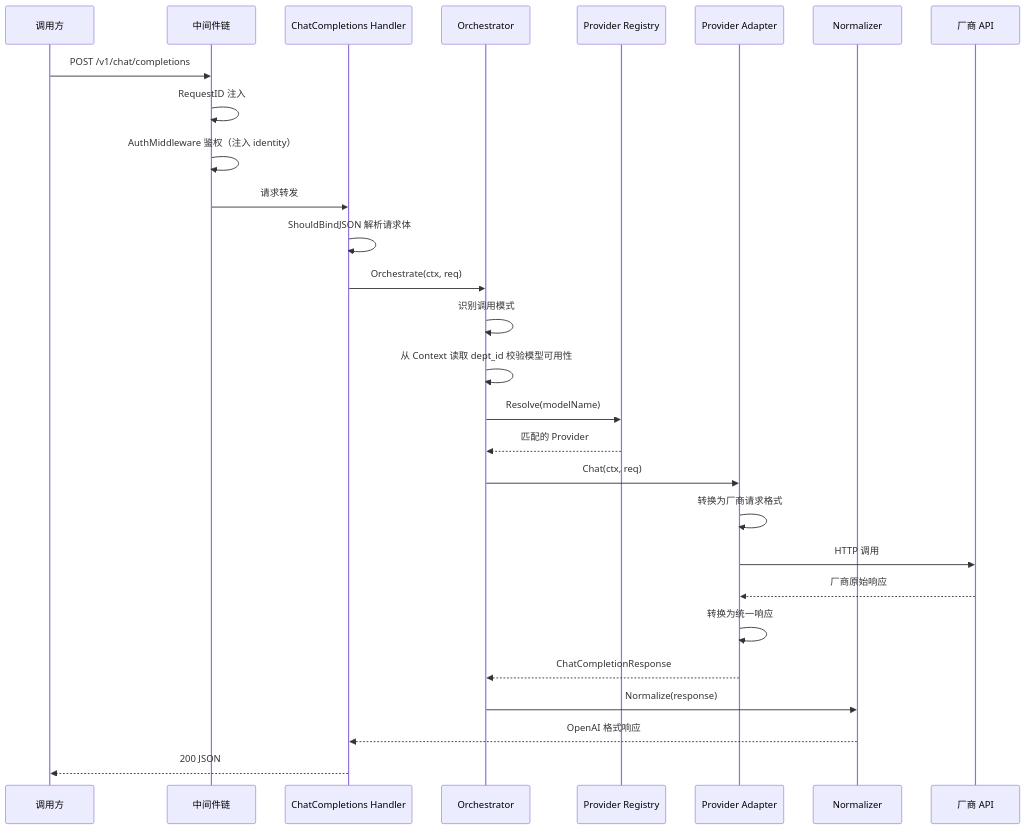
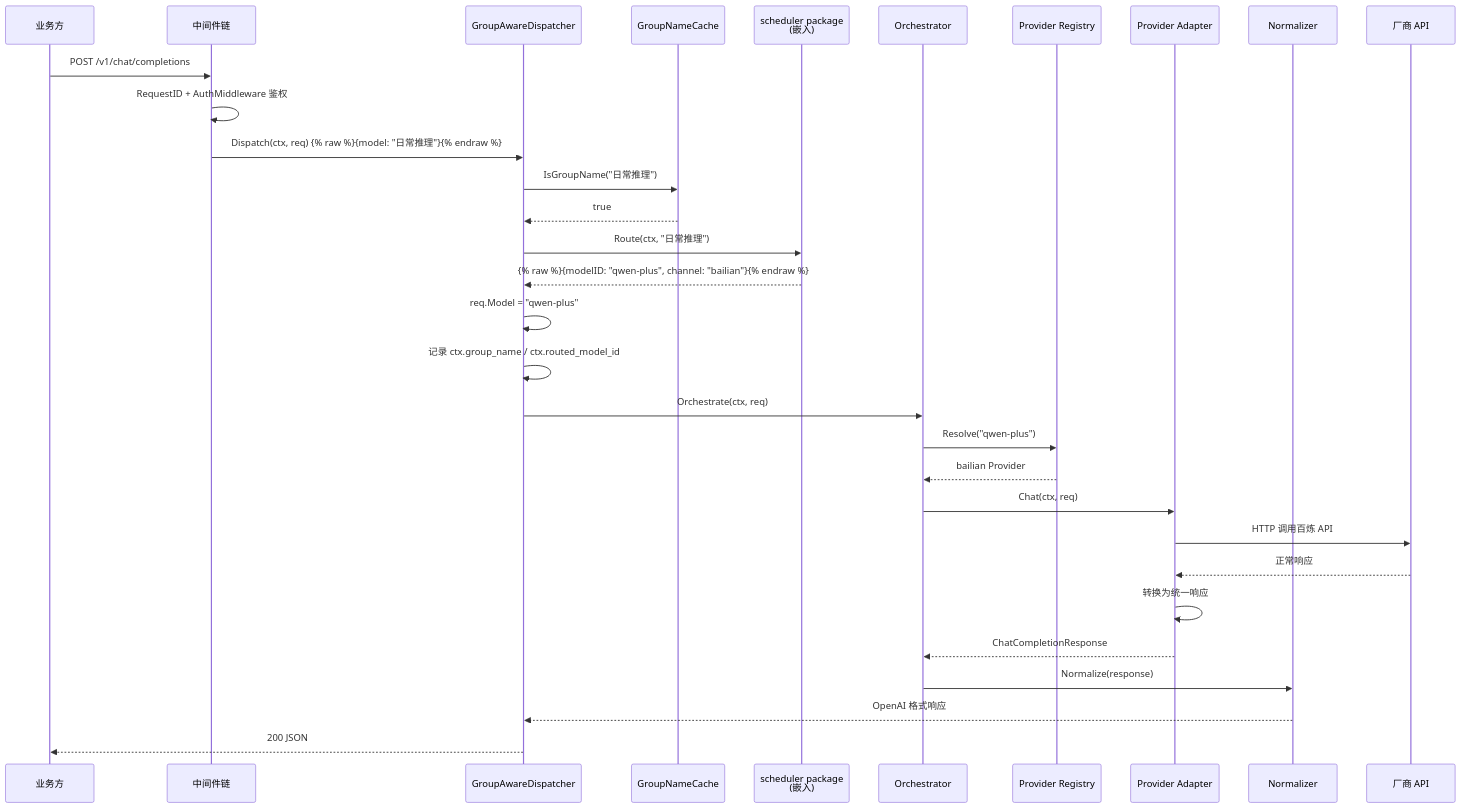
The second of 5 diagrams in xspec/changes/gateway-api/design.delta.md (achieve-jsy/llm-gateway), drawn with Mermaid before and after one commit. The commit also changed other lines of this file and 174 other files, not shown here.

````diff
--- a/xspec/changes/gateway-api/design.delta.md
+++ b/xspec/changes/gateway-api/design.delta.md
@@ -143,31 +146,38 @@
 ```mermaid
 sequenceDiagram
-    participant C as 调用方
+    participant BIZ as 业务方
     participant MW as 中间件链
-    participant H as ChatCompletions Handler
+    participant GD as GroupAwareDispatcher
+    participant GC as GroupNameCache
+    participant SCH as scheduler package<br/>(嵌入)
     participant O as Orchestrator
     participant R as Provider Registry
     participant P as Provider Adapter
     participant N as Normalizer
     participant API as 厂商 API
 
-    C->>MW: POST /v1/chat/completions
-    MW->>MW: RequestID 注入
-    MW->>MW: AuthMiddleware 鉴权（注入 identity）
-    MW->>H: 请求转发
-    H->>H: ShouldBindJSON 解析请求体
-    H->>O: Orchestrate(ctx, req)
-    O->>O: 识别调用模式
-    O->>O: 从 Context 读取 dept_id 校验模型可用性
-    O->>R: Resolve(modelName)
-    R-->>O: 匹配的 Provider
+    BIZ->>MW: POST /v1/chat/completions
+    MW->>MW: RequestID + AuthMiddleware 鉴权
+    MW->>GD: Dispatch(ctx, req) {% raw %}{model: "日常推理"}{% endraw %}
+
+    GD->>GC: IsGroupName("日常推理")
+    GC-->>GD: true
+
+    GD->>SCH: Route(ctx, "日常推理")
+    SCH-->>GD: {% raw %}{modelID: "qwen-plus", channel: "bailian"}{% endraw %}
+
+    GD->>GD: req.Model = "qwen-plus"
+    GD->>GD: 记录 ctx.group_name / ctx.routed_model_id
+
+    GD->>O: Orchestrate(ctx, req)
+    O->>R: Resolve("qwen-plus")
+    R-->>O: bailian Provider
     O->>P: Chat(ctx, req)
-    P->>P: 转换为厂商请求格式
-    P->>API: HTTP 调用
-    API-->>P: 厂商原始响应
+    P->>API: HTTP 调用百炼 API
+    API-->>P: 正常响应
     P->>P: 转换为统一响应
     P-->>O: ChatCompletionResponse
     O->>N: Normalize(response)
-    N-->>H: OpenAI 格式响应
-    H-->>C: 200 JSON
+    N-->>GD: OpenAI 格式响应
+    GD-->>BIZ: 200 JSON
 ```
````
